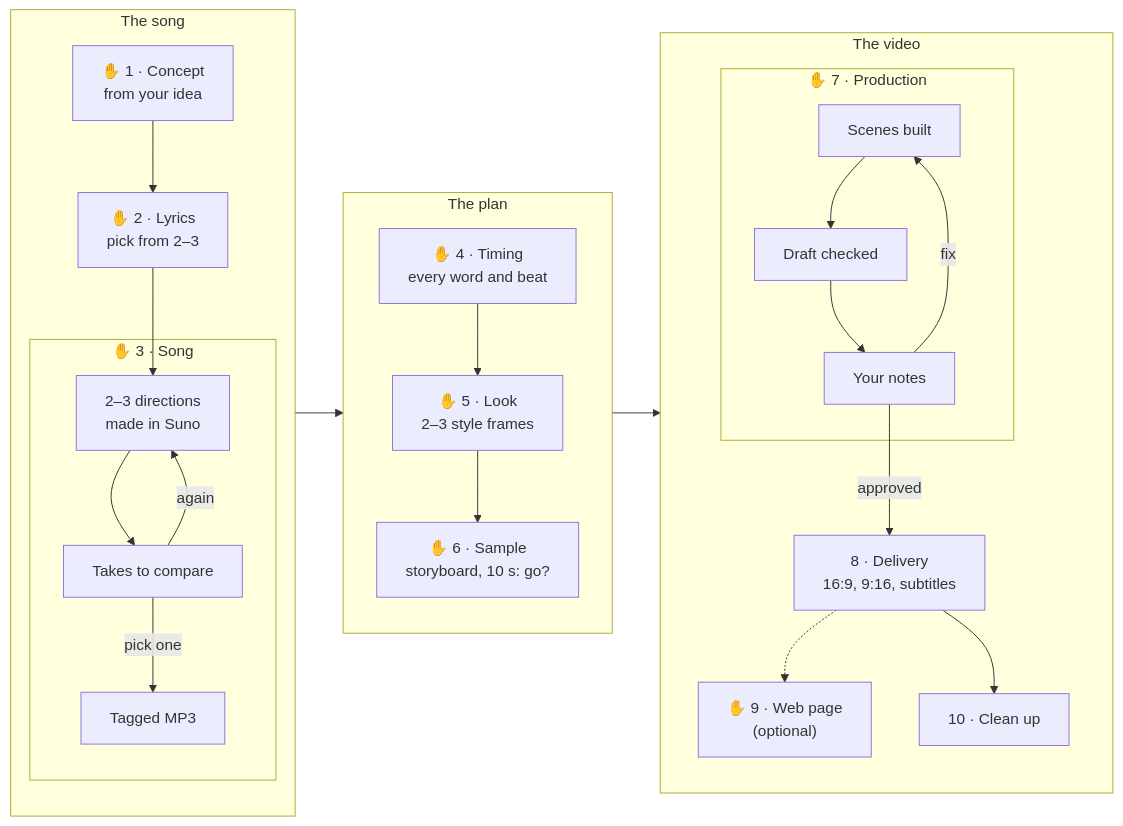
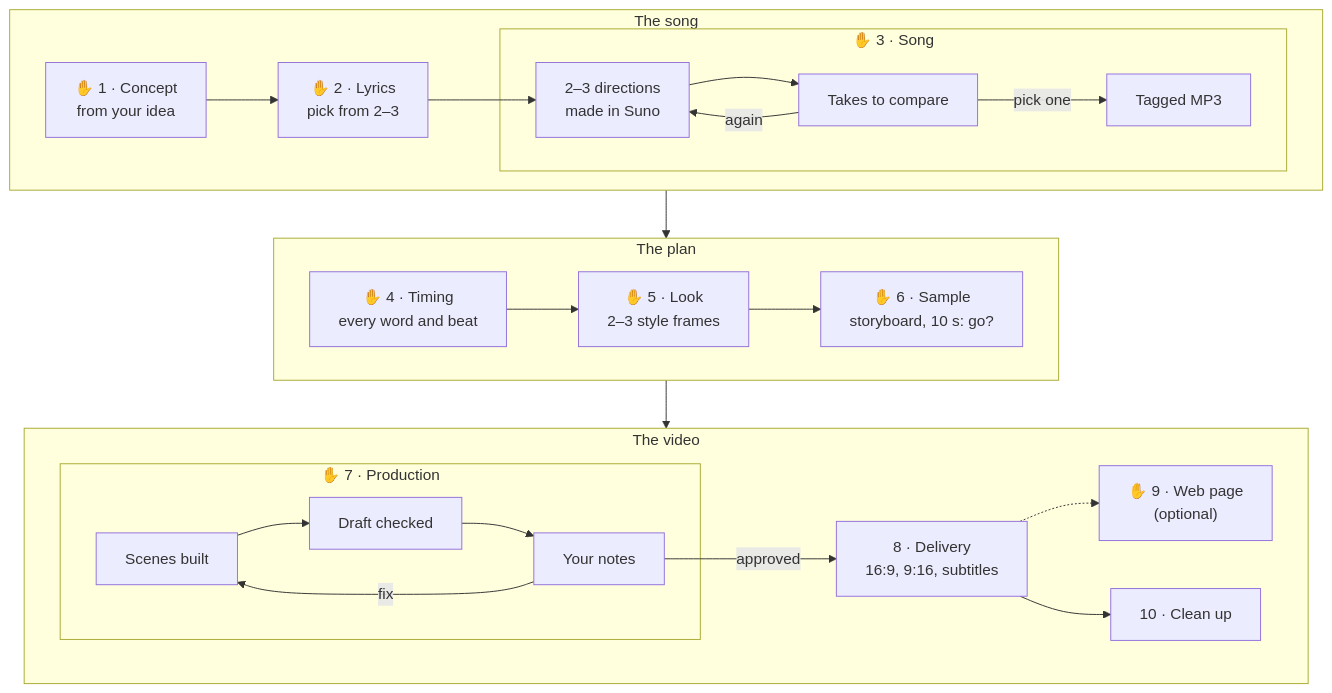
One commit to DanielLandi/plugins changed the diagram in music-video/README.md. Above: the diagram before and after it, drawn with Mermaid.

Commit message:
music-video README: the flow diagram's three parts stacked, each laid out sideways

````diff
--- a/music-video/README.md
+++ b/music-video/README.md
@@ -28,33 +28,33 @@
 ```mermaid
-flowchart LR
+flowchart TB
     subgraph write ["The song"]
-        direction TB
+        direction LR
         concept["✋ 1 · Concept<br/>from your idea"] --> lyrics["✋ 2 · Lyrics<br/>pick from 2–3"]
         lyrics --> directions
         subgraph song ["✋ 3 · Song"]
             directions["2–3 directions<br/>made in Suno"] --> takes["Takes to compare"]
             takes -- "again" --> directions
             takes -- "pick one" --> mp3["Tagged MP3"]
         end
     end
 
     subgraph plan ["The plan"]
-        direction TB
+        direction LR
         timing["✋ 4 · Timing<br/>every word and beat"] --> look["✋ 5 · Look<br/>2–3 style frames"]
         look --> sample["✋ 6 · Sample<br/>storyboard, 10 s: go?"]
     end
 
     subgraph make ["The video"]
-        direction TB
+        direction LR
         subgraph production ["✋ 7 · Production"]
             scenes["Scenes built"] --> draft["Draft checked"]
             draft --> notes["Your notes"]
             notes -- "fix" --> scenes
         end
         notes -- "approved" --> delivery["8 · Delivery<br/>16:9, 9:16, subtitles"]
         delivery -.-> web["✋ 9 · Web page<br/>(optional)"]
         delivery --> clean["10 · Clean up"]
     end
 
     write --> plan --> make
 ```
````
